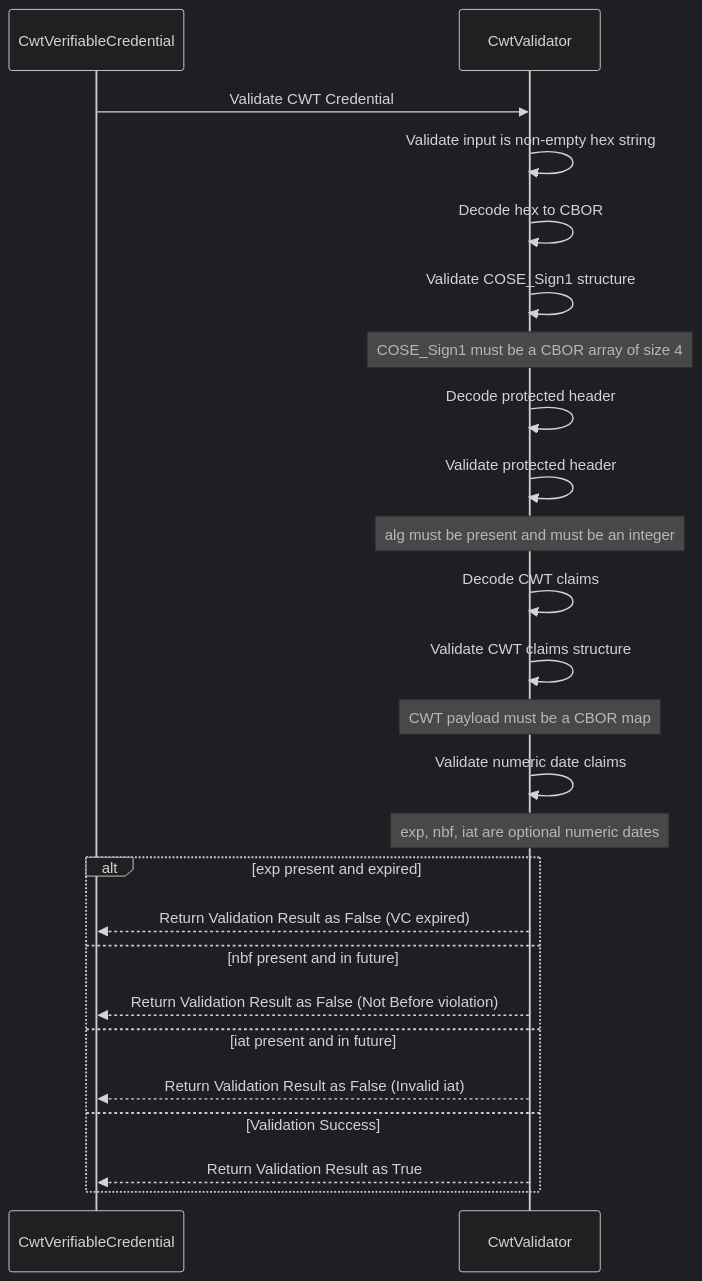
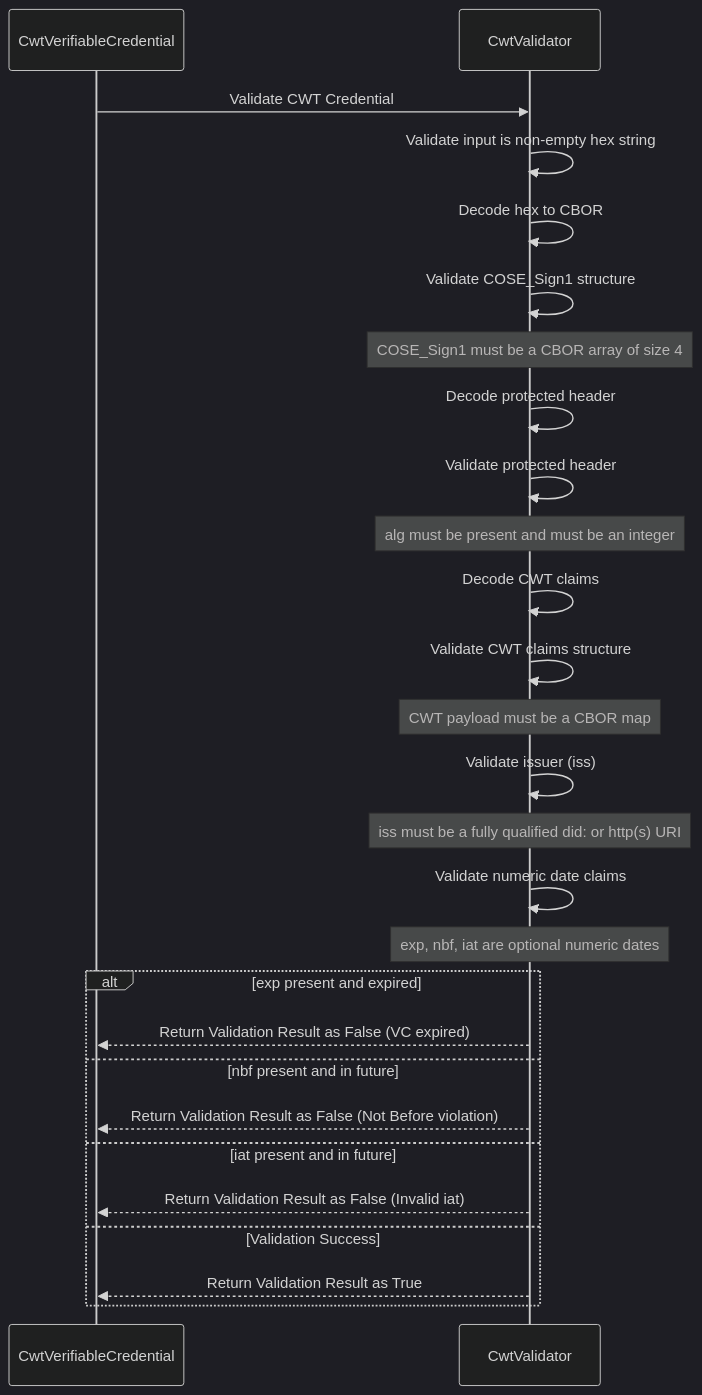
One commit to inji/vc-verifier changed the second of 3 diagrams in doc/cwt-vc-verification-support.md. Above: the diagram before and after it, drawn with Mermaid (dark theme). The commit also changed other lines of this file and 1 other file, not shown here.

First line of the commit message:
docs(cwt): update CWT VC verification support documentation (#6)

````diff
--- a/doc/cwt-vc-verification-support.md
+++ b/doc/cwt-vc-verification-support.md
@@ -45,30 +56,33 @@
 ```mermaid
 sequenceDiagram
 
     CwtVerifiableCredential->>CwtValidator: Validate CWT Credential
     CwtValidator->>CwtValidator: Validate input is non-empty hex string
     CwtValidator->>CwtValidator: Decode hex to CBOR
     CwtValidator->>CwtValidator: Validate COSE_Sign1 structure
     Note over CwtValidator: COSE_Sign1 must be a CBOR array of size 4
 
     CwtValidator->>CwtValidator: Decode protected header
     CwtValidator->>CwtValidator: Validate protected header
     Note over CwtValidator: alg must be present and must be an integer
 
     CwtValidator->>CwtValidator: Decode CWT claims
     CwtValidator->>CwtValidator: Validate CWT claims structure
     Note over CwtValidator: CWT payload must be a CBOR map
 
+    CwtValidator->>CwtValidator: Validate issuer (iss)
+    Note over CwtValidator: iss must be a fully qualified did: or http(s) URI
+
     CwtValidator->>CwtValidator: Validate numeric date claims
     Note over CwtValidator: exp, nbf, iat are optional numeric dates
 
     alt exp present and expired
         CwtValidator-->>CwtVerifiableCredential: Return Validation Result as False (VC expired)
     else nbf present and in future
         CwtValidator-->>CwtVerifiableCredential: Return Validation Result as False (Not Before violation)
     else iat present and in future
         CwtValidator-->>CwtVerifiableCredential: Return Validation Result as False (Invalid iat)
     else Validation Success
         CwtValidator-->>CwtVerifiableCredential: Return Validation Result as True
     end
 ```
````
